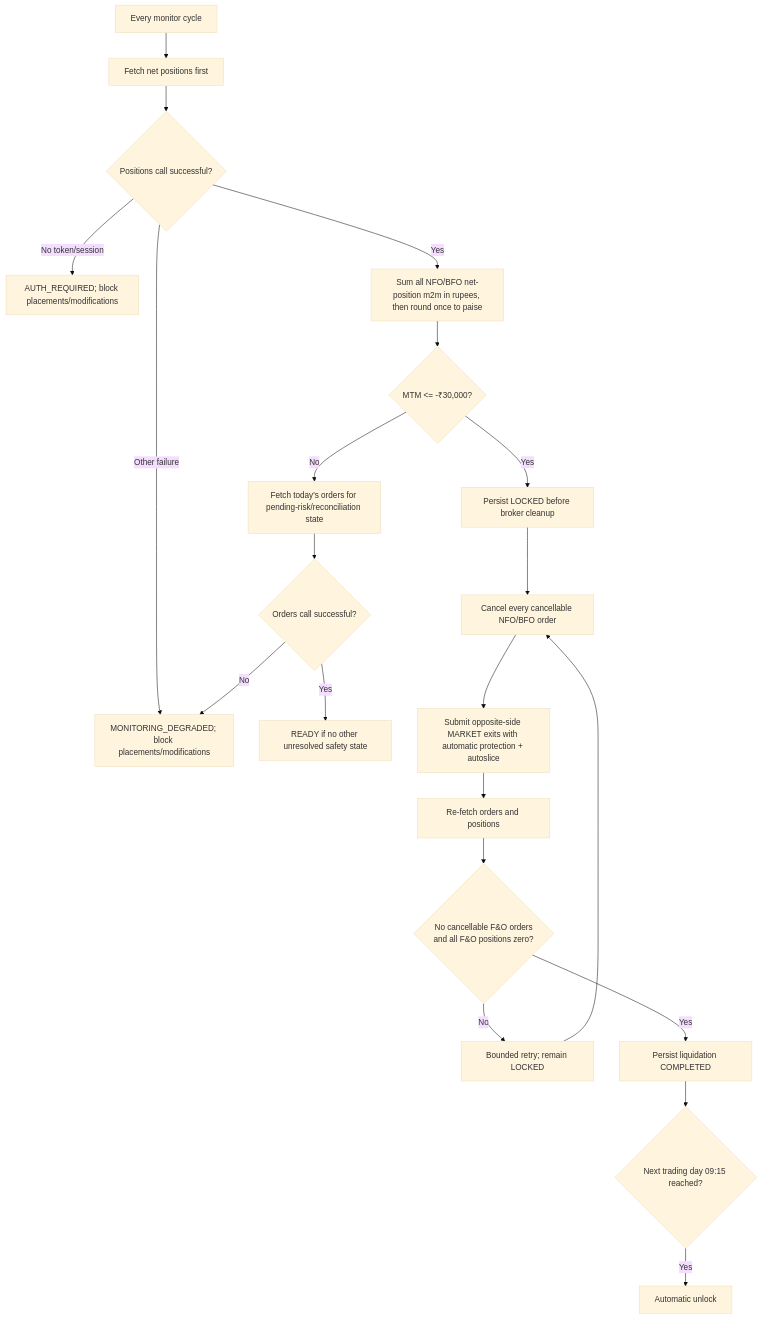
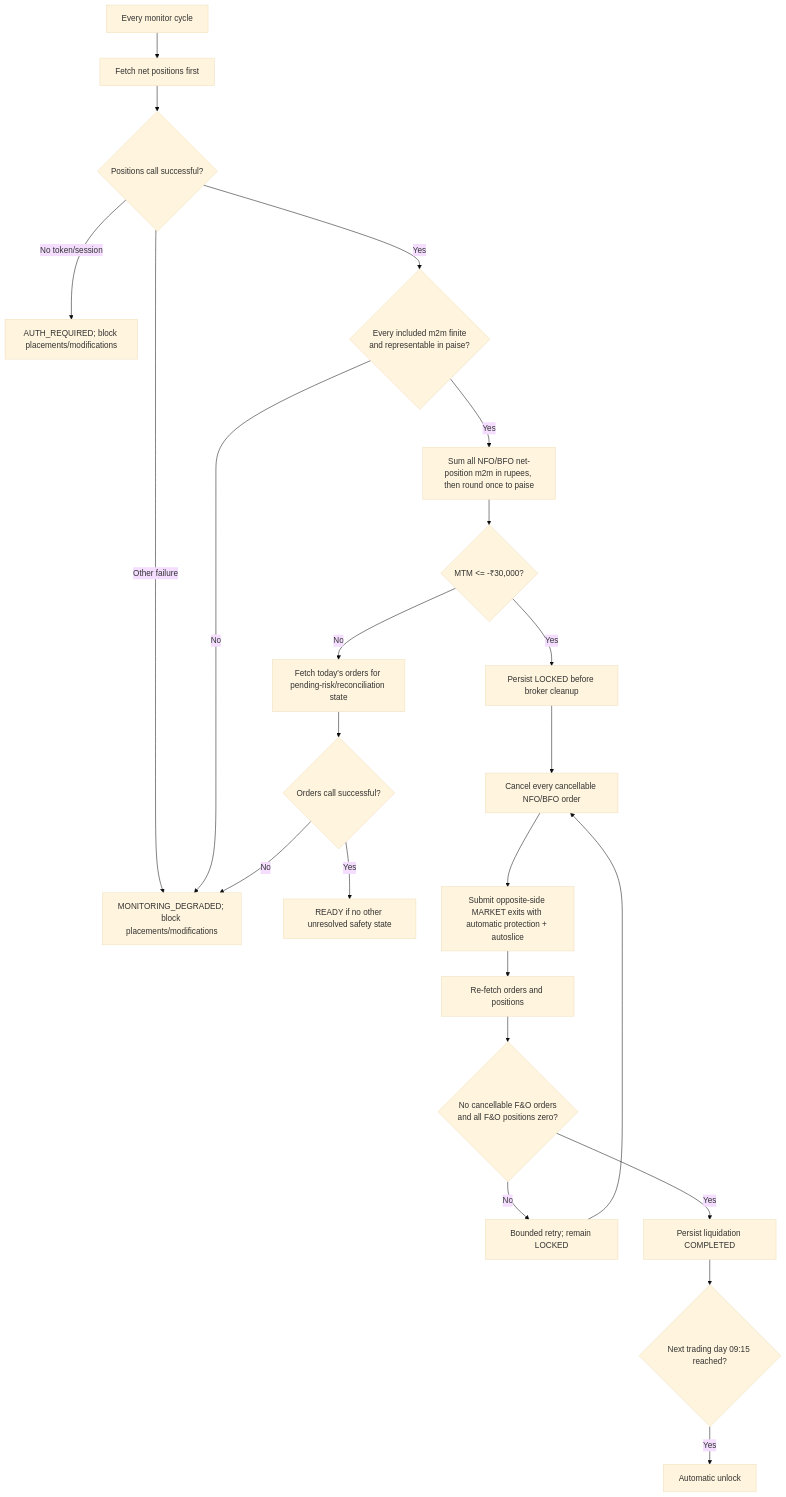
Before and after one commit to 100xRahul/tradeguardian-zerodha-fno-discipline: the fifth of 5 diagrams in PRODUCT.md, drawn with Mermaid (base theme). The commit also changed other lines of this file and 19 other files, not shown here.

````diff
--- a/PRODUCT.md
+++ b/PRODUCT.md
@@ -105,23 +105,25 @@
 ```mermaid
 flowchart TD
     T["Every monitor cycle"] --> P["Fetch net positions first"]
     P --> Q{"Positions call successful?"}
     Q -- No token/session --> AR["AUTH_REQUIRED; block placements/modifications"]
     Q -- Other failure --> DG["MONITORING_DEGRADED; block placements/modifications"]
-    Q -- Yes --> M["Sum all NFO/BFO net-position m2m in rupees, then round once to paise"]
+    Q -- Yes --> V{"Every included m2m finite<br/>and representable in paise?"}
+    V -- No --> DG
+    V -- Yes --> M["Sum all NFO/BFO net-position m2m in rupees, then round once to paise"]
     M --> C{"MTM <= -₹30,000?"}
     C -- No --> O["Fetch today's orders for pending-risk/reconciliation state"]
     O --> OS{"Orders call successful?"}
     OS -- No --> DG
     OS -- Yes --> RD["READY if no other unresolved safety state"]
     C -- Yes --> L["Persist LOCKED before broker cleanup"]
     L --> CA["Cancel every cancellable NFO/BFO order"]
     CA --> EX["Submit opposite-side MARKET exits with automatic protection + autoslice"]
     EX --> RC["Re-fetch orders and positions"]
     RC --> F{"No cancellable F&O orders<br/>and all F&O positions zero?"}
     F -- No --> RT["Bounded retry; remain LOCKED"]
     RT --> CA
     F -- Yes --> DONE["Persist liquidation COMPLETED"]
     DONE --> U{"Next trading day 09:15 reached?"}
     U -- Yes --> UN["Automatic unlock"]
 ```
````
